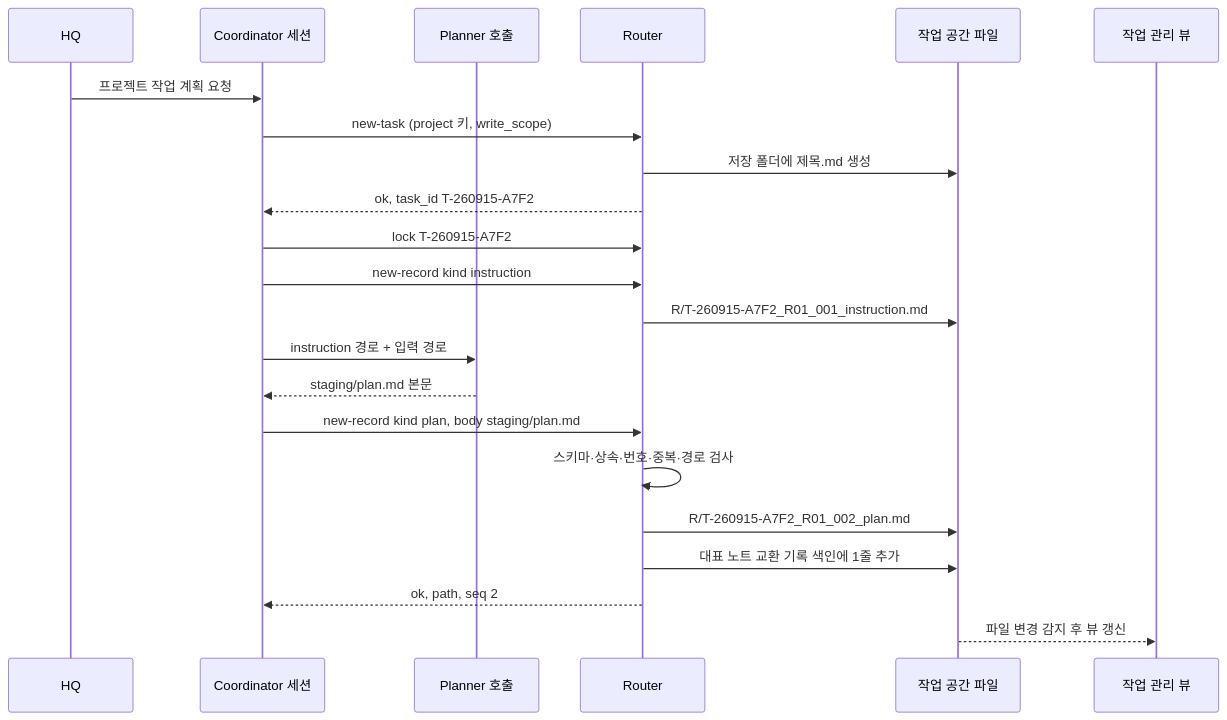
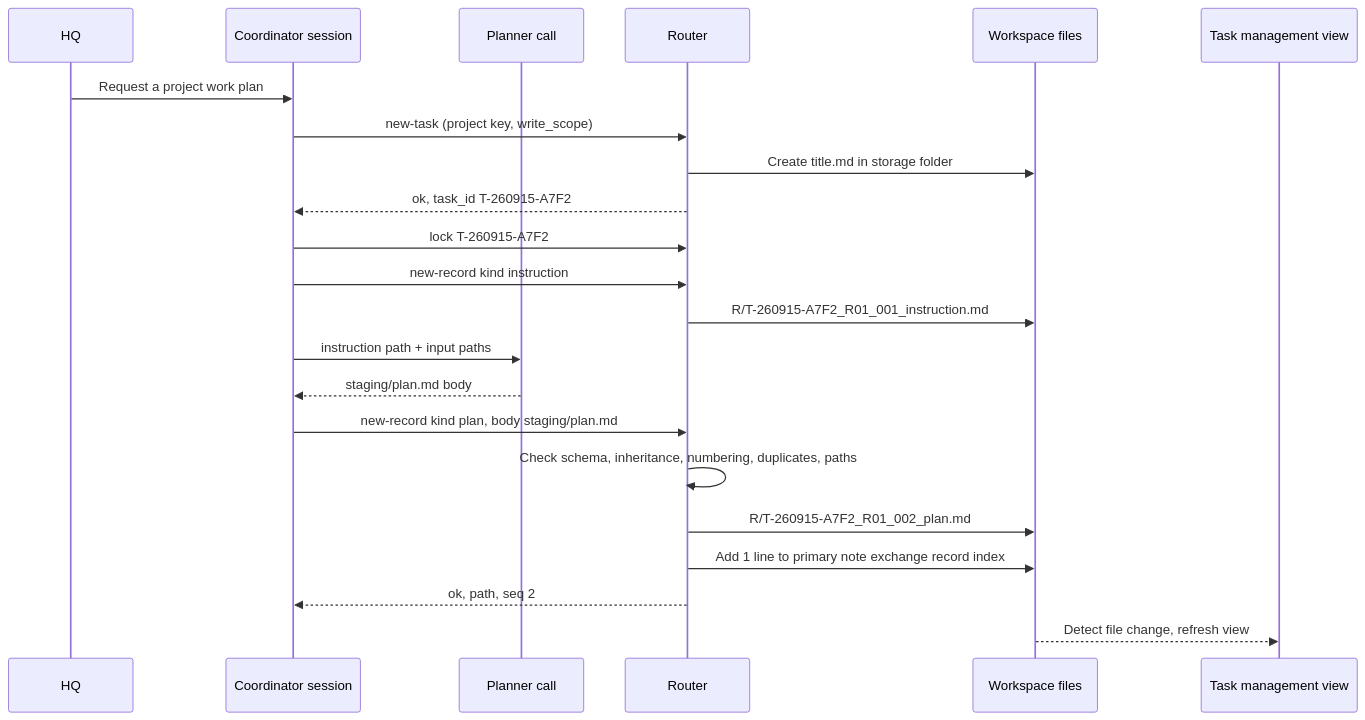
Before and after one commit to jinwoongkwak/AGENT_NODE_GOVERNANCE: the diagram in AI/Routing_agent.md, drawn with Mermaid. The commit also changed other lines of this file and 43 other files, not shown here.

````diff
--- a/AI/Routing_agent.md
+++ b/AI/Routing_agent.md
@@ -49,24 +49,24 @@
 ```mermaid
 sequenceDiagram
     participant HQ as HQ
-    participant CO as Coordinator 세션
-    participant PL as Planner 호출
+    participant CO as Coordinator session
+    participant PL as Planner call
     participant RT as Router
-    participant V as 작업 공간 파일
-    participant TN as 작업 관리 뷰
-    HQ->>CO: 프로젝트 작업 계획 요청
-    CO->>RT: new-task (project 키, write_scope)
-    RT->>V: 저장 폴더에 제목.md 생성
+    participant V as Workspace files
+    participant TN as Task management view
+    HQ->>CO: Request a project work plan
+    CO->>RT: new-task (project key, write_scope)
+    RT->>V: Create title.md in storage folder
     RT-->>CO: ok, task_id T-260915-A7F2
     CO->>RT: lock T-260915-A7F2
     CO->>RT: new-record kind instruction
     RT->>V: R/T-260915-A7F2_R01_001_instruction.md
-    CO->>PL: instruction 경로 + 입력 경로
-    PL-->>CO: staging/plan.md 본문
+    CO->>PL: instruction path + input paths
+    PL-->>CO: staging/plan.md body
     CO->>RT: new-record kind plan, body staging/plan.md
-    RT->>RT: 스키마·상속·번호·중복·경로 검사
+    RT->>RT: Check schema, inheritance, numbering, duplicates, paths
     RT->>V: R/T-260915-A7F2_R01_002_plan.md
-    RT->>V: 대표 노트 교환 기록 색인에 1줄 추가
+    RT->>V: Add 1 line to primary note exchange record index
     RT-->>CO: ok, path, seq 2
-    V-->>TN: 파일 변경 감지 후 뷰 갱신
+    V-->>TN: Detect file change, refresh view
 ```
````
